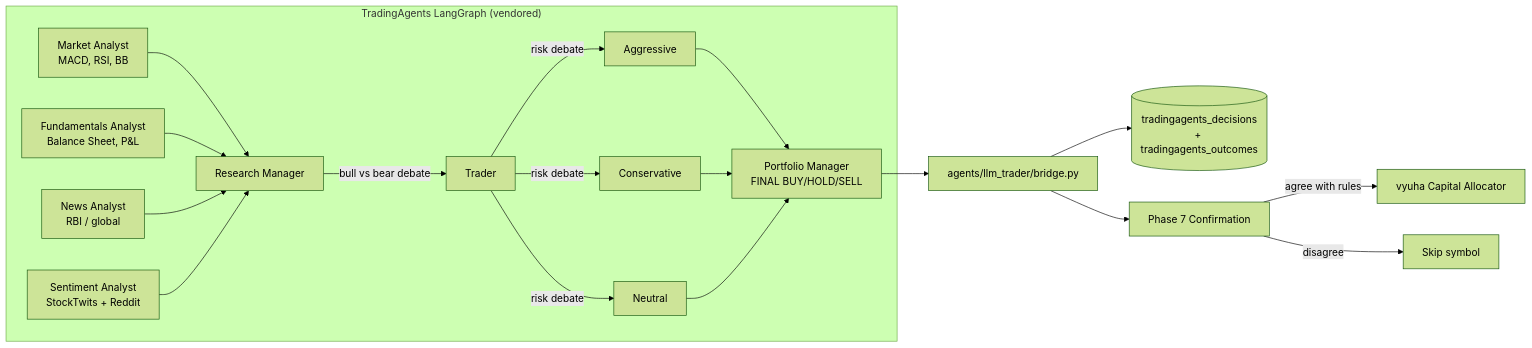
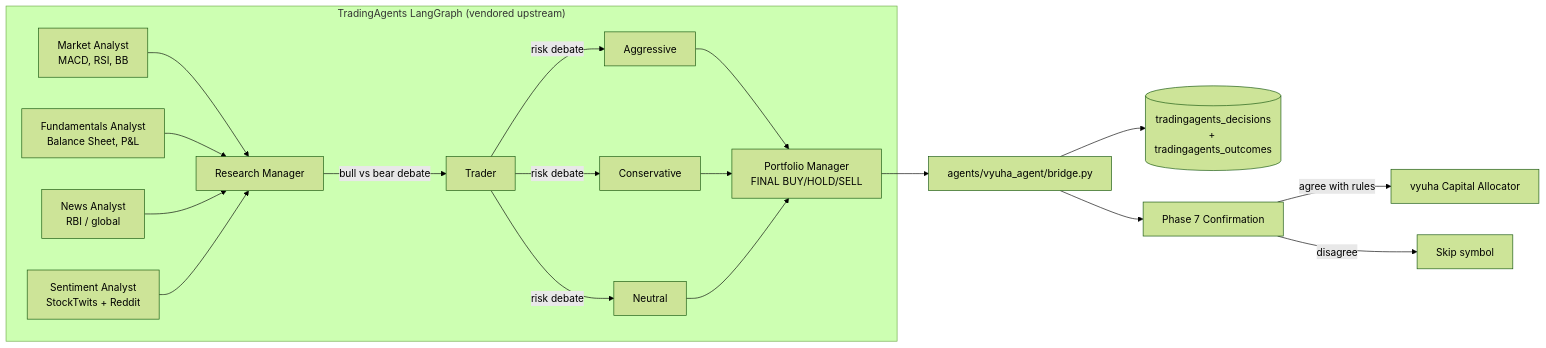
The first of 5 diagrams in README.md (10vulture1005/vyuha), drawn with Mermaid (forest theme) before and after one commit. The commit also changed other lines of this file and 16 other files, not shown here.

First line of the commit message:
refactor: rename TradingAgents wrapper → Vyuha Agent

````diff
--- a/README.md
+++ b/README.md
@@ -145,19 +174,19 @@
 ```mermaid
 flowchart LR
-    subgraph "TradingAgents LangGraph (vendored)"
+    subgraph "TradingAgents LangGraph (vendored upstream)"
         M[Market Analyst<br/>MACD, RSI, BB] --> R1[Research Manager]
         F[Fundamentals Analyst<br/>Balance Sheet, P&L] --> R1
         N[News Analyst<br/>RBI / global] --> R1
         S[Sentiment Analyst<br/>StockTwits + Reddit] --> R1
         R1 --> |bull vs bear debate| T[Trader]
         T --> |risk debate| A[Aggressive]
         T --> |risk debate| C[Conservative]
         T --> |risk debate| Neu[Neutral]
         A & C & Neu --> PM[Portfolio Manager<br/>FINAL BUY/HOLD/SELL]
     end
-    PM --> B[agents/llm_trader/bridge.py]
+    PM --> B[agents/vyuha_agent/bridge.py]
     B --> DB[(tradingagents_decisions<br/>+ tradingagents_outcomes)]
     B --> Cross[Phase 7 Confirmation]
     Cross -->|agree with rules| Alloc[vyuha Capital Allocator]
     Cross -->|disagree| Hold[Skip symbol]
 ```
````
